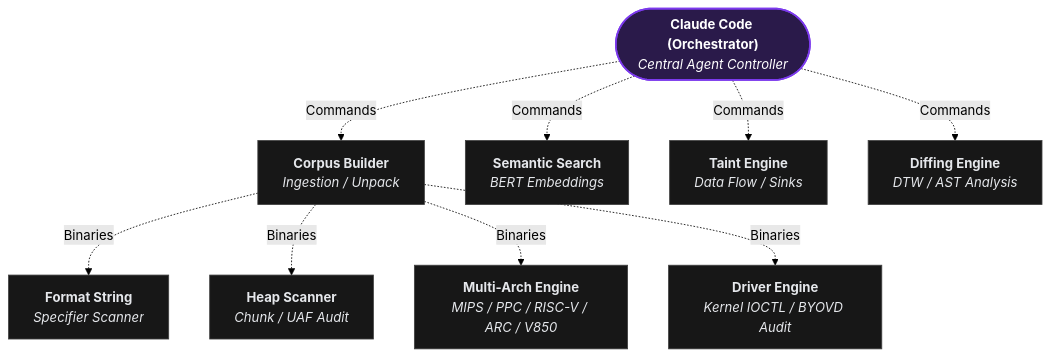
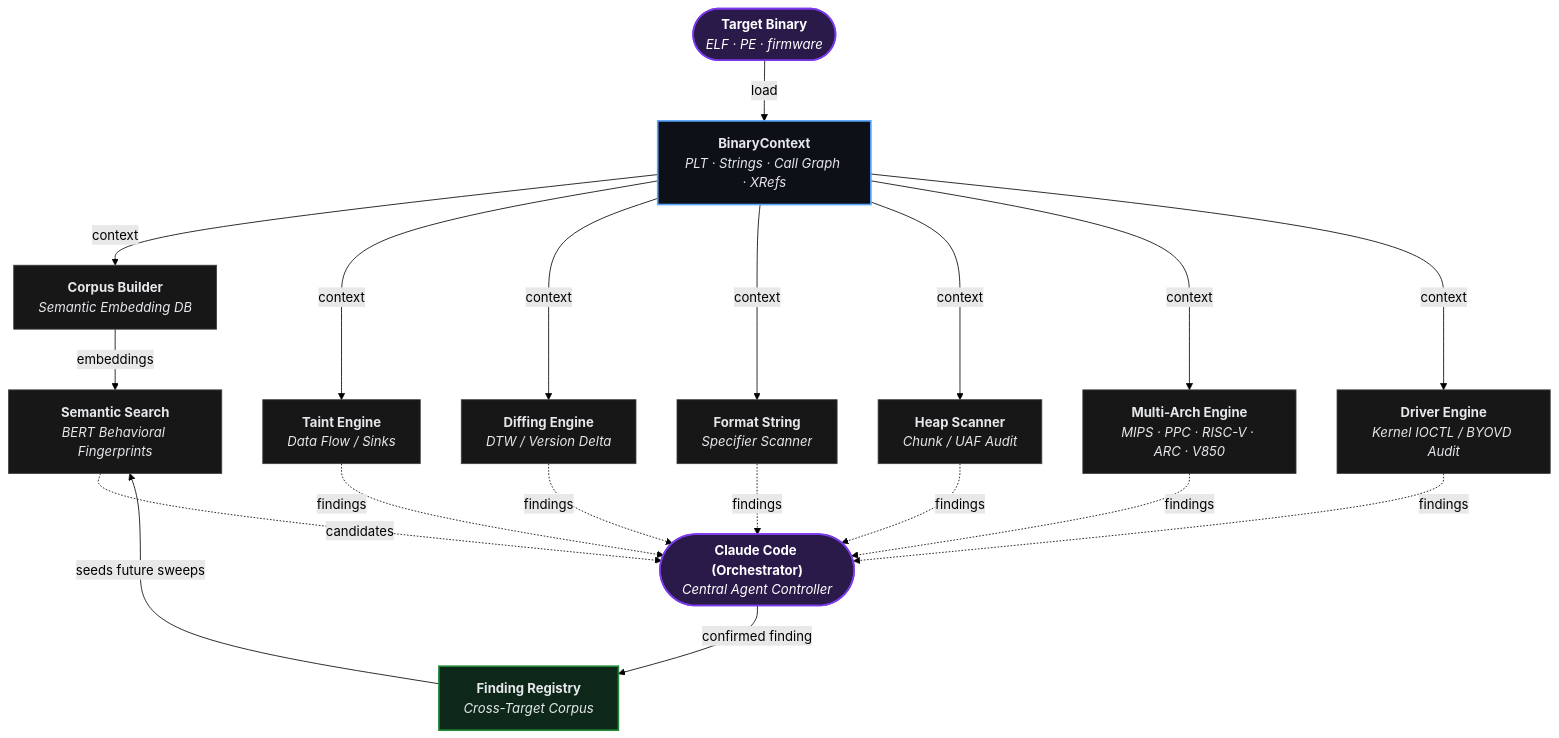
Before and after one commit to Ablation-Tool/ablation: the first of 4 diagrams in README.md, drawn with Mermaid (forest theme).

Commit message:
add findings

````diff
--- a/README.md
+++ b/README.md
@@ -19,20 +19,37 @@
 ```mermaid
 flowchart TD
+    Binary(["<b>Target Binary</b><br/><i>ELF · PE · firmware</i>"])
     Claude(["<b>Claude Code (Orchestrator)</b><br/><i>Central Agent Controller</i>"])
 
-    Claude -. "Commands" .-> Corpus["<b>Corpus Builder</b><br/><i>Ingestion / Unpack</i>"]
-    Claude -. "Commands" .-> Semantic["<b>Semantic Search</b><br/><i>BERT Embeddings</i>"]
-    Claude -. "Commands" .-> Taint["<b>Taint Engine</b><br/><i>Data Flow / Sinks</i>"]
-    Claude -. "Commands" .-> Diffing["<b>Diffing Engine</b><br/><i>DTW / AST Analysis</i>"]
+    Binary -->|"load"| BCtx["<b>BinaryContext</b><br/><i>PLT · Strings · Call Graph · XRefs</i>"]
+    BCtx -->|"context"| Corpus["<b>Corpus Builder</b><br/><i>Semantic Embedding DB</i>"]
+    BCtx -->|"context"| Taint["<b>Taint Engine</b><br/><i>Data Flow / Sinks</i>"]
+    BCtx -->|"context"| Diffing["<b>Diffing Engine</b><br/><i>DTW / Version Delta</i>"]
+    BCtx -->|"context"| FmtStr["<b>Format String</b><br/><i>Specifier Scanner</i>"]
+    BCtx -->|"context"| Heap["<b>Heap Scanner</b><br/><i>Chunk / UAF Audit</i>"]
+    BCtx -->|"context"| MultiArch["<b>Multi-Arch Engine</b><br/><i>MIPS · PPC · RISC-V · ARC · V850</i>"]
+    BCtx -->|"context"| Driver["<b>Driver Engine</b><br/><i>Kernel IOCTL / BYOVD Audit</i>"]
 
-    Corpus -. "Binaries" .-> FmtStr["<b>Format String</b><br/><i>Specifier Scanner</i>"]
-    Corpus -. "Binaries" .-> Heap["<b>Heap Scanner</b><br/><i>Chunk / UAF Audit</i>"]
-    Corpus -. "Binaries" .-> MultiArch["<b>Multi-Arch Engine</b><br/><i>MIPS / PPC / RISC-V / ARC / V850</i>"]
-    Corpus -. "Binaries" .-> Driver["<b>Driver Engine</b><br/><i>Kernel IOCTL / BYOVD Audit</i>"]
+    Corpus -->|"embeddings"| Semantic["<b>Semantic Search</b><br/><i>BERT Behavioral Fingerprints</i>"]
+
+    Semantic -. "candidates" .-> Claude
+    Taint -. "findings" .-> Claude
+    Diffing -. "findings" .-> Claude
+    FmtStr -. "findings" .-> Claude
+    Heap -. "findings" .-> Claude
+    MultiArch -. "findings" .-> Claude
+    Driver -. "findings" .-> Claude
+
+    Claude -->|"confirmed finding"| Registry["<b>Finding Registry</b><br/><i>Cross-Target Corpus</i>"]
+    Registry -->|"seeds future sweeps"| Semantic
 
     classDef primary fill:#2a1a4a,stroke:#7c3aed,stroke-width:2px,color:#fff
-    classDef secondary fill:#171717,stroke:#404040,stroke-width:1px,color:#e5e7eb
+    classDef foundation fill:#0d1117,stroke:#58a6ff,stroke-width:2px,color:#e5e7eb
+    classDef engine fill:#171717,stroke:#404040,stroke-width:1px,color:#e5e7eb
+    classDef feedback fill:#0d2818,stroke:#238636,stroke-width:2px,color:#e5e7eb
 
-    class Claude primary
-    class Corpus,Semantic,Taint,Diffing,FmtStr,Heap,MultiArch,Driver secondary
+    class Claude,Binary primary
+    class BCtx foundation
+    class Corpus,Semantic,Taint,Diffing,FmtStr,Heap,MultiArch,Driver engine
+    class Registry feedback
 ```
````
